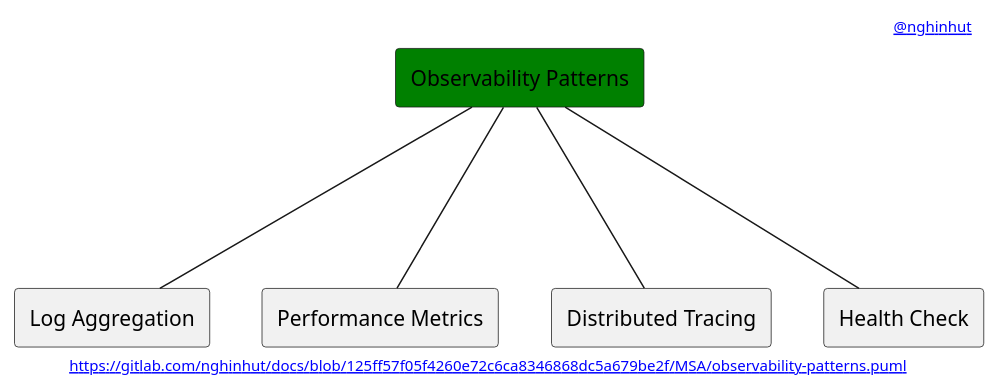
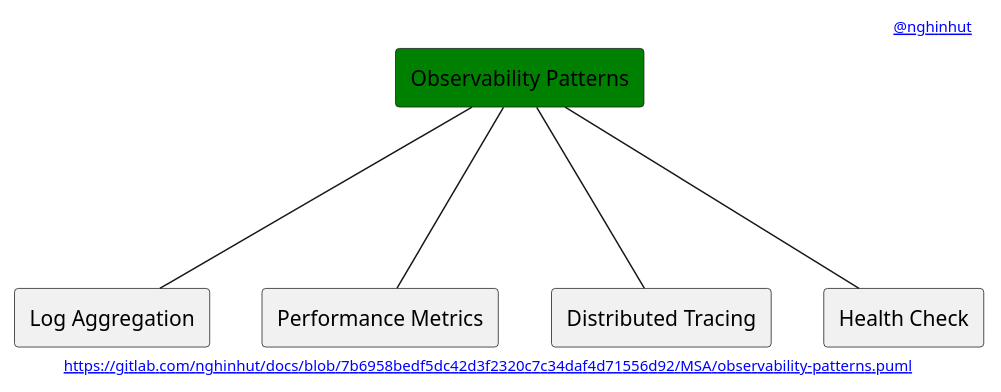
One commit to nghinhut/docs changed the diagram in MSA/observability-patterns.puml. Above: the diagram before and after it, drawn with PlantUML. The commit also changed 27 other files, not shown here.

```diff
--- a/MSA/observability-patterns.puml
+++ b/MSA/observability-patterns.puml
@@ -1,18 +1,18 @@
 @startuml
 '-----START auto generated metadata please keep comment here to allow auto update-----
 '-----DON'T EDIT THIS SECTION, INSTEAD RE-RUN prebuild.sh TO UPDATE-----
-header [[https://www.nghinhut.dev?from=http%5C%3A%5C%2F%5C%2Fwww%5C.plantuml%5C.com%5C%2Fplantuml%5C%2Fproxy%3Ffmt%3Dsvg%5C%26src%3Dhttps%5C%3A%5C%2F%5C%2Fgitlab%5C.com%5C%2Fnghinhut%5C%2Fdocs%5C%2Fraw%5C%2F125ff57f05f4260e72c6ca8346868dc5a679be2f%5C%2FMSA%5C%2Fobservability-patterns%5C.puml%0A @nghinhut]]
-footer [[http://www.plantuml.com/plantuml/proxy?fmt=svg&src=https://gitlab.com/nghinhut/docs/raw/125ff57f05f4260e72c6ca8346868dc5a679be2f/MSA/observability-patterns.puml https://gitlab.com/nghinhut/docs/blob/125ff57f05f4260e72c6ca8346868dc5a679be2f/MSA/observability-patterns.puml]]
+header [[https://www.nghinhut.dev?from=http%5C%3A%5C%2F%5C%2Fwww%5C.plantuml%5C.com%5C%2Fplantuml%5C%2Fproxy%3Ffmt%3Dsvg%5C%26src%3Dhttps%5C%3A%5C%2F%5C%2Fgitlab%5C.com%5C%2Fnghinhut%5C%2Fdocs%5C%2Fraw%5C%2F7b6958bedf5dc42d3f2320c7c34daf4d71556d92%5C%2FMSA%5C%2Fobservability-patterns%5C.puml%0A @nghinhut]]
+footer [[http://www.plantuml.com/plantuml/proxy?fmt=svg&src=https://gitlab.com/nghinhut/docs/raw/7b6958bedf5dc42d3f2320c7c34daf4d71556d92/MSA/observability-patterns.puml https://gitlab.com/nghinhut/docs/blob/7b6958bedf5dc42d3f2320c7c34daf4d71556d92/MSA/observability-patterns.puml]]
 '-----END auto generated metadata please keep comment here to allow auto update-----
 
 rectangle "Observability Patterns" as Observability #green
 
 rectangle "Log Aggregation" as ObservabilityP1
 rectangle "Performance Metrics" as ObservabilityP2
 rectangle "Distributed Tracing" as ObservabilityP3
 rectangle "Health Check" as ObservabilityP4
 Observability --- ObservabilityP1
 Observability --- ObservabilityP2
 Observability --- ObservabilityP3
 Observability --- ObservabilityP4
 @enduml
```
